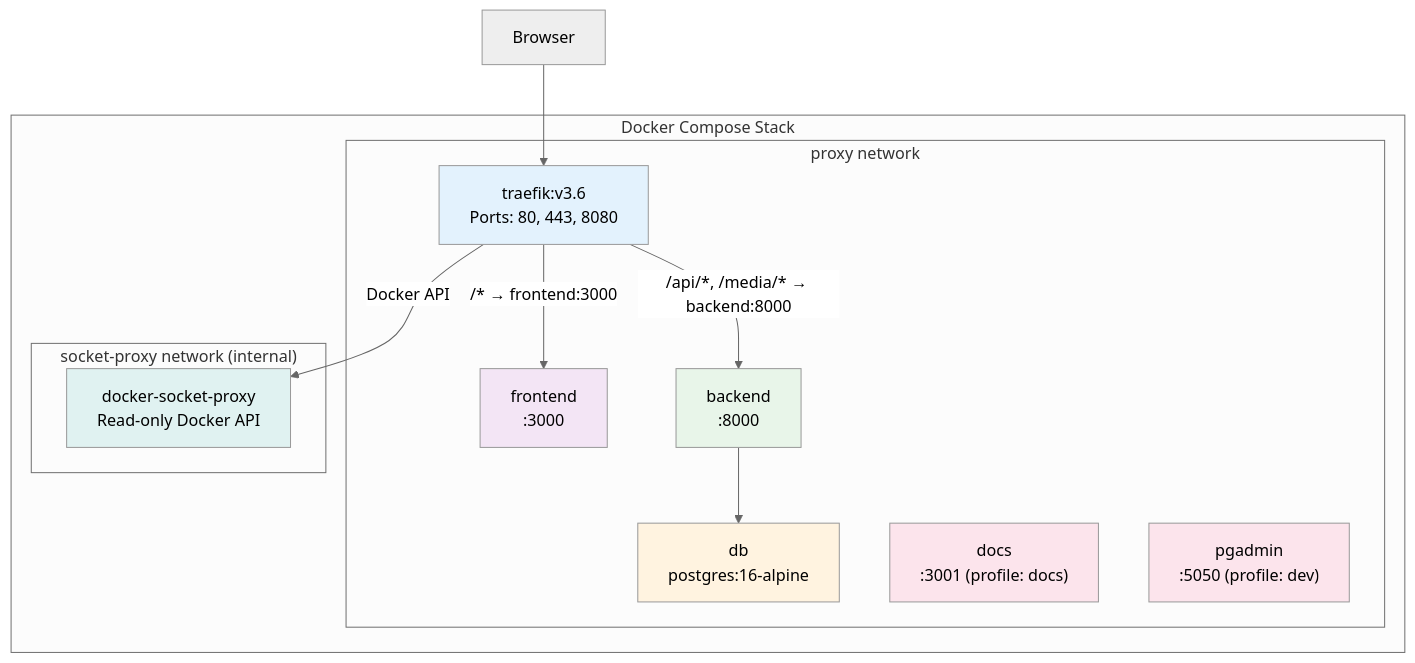
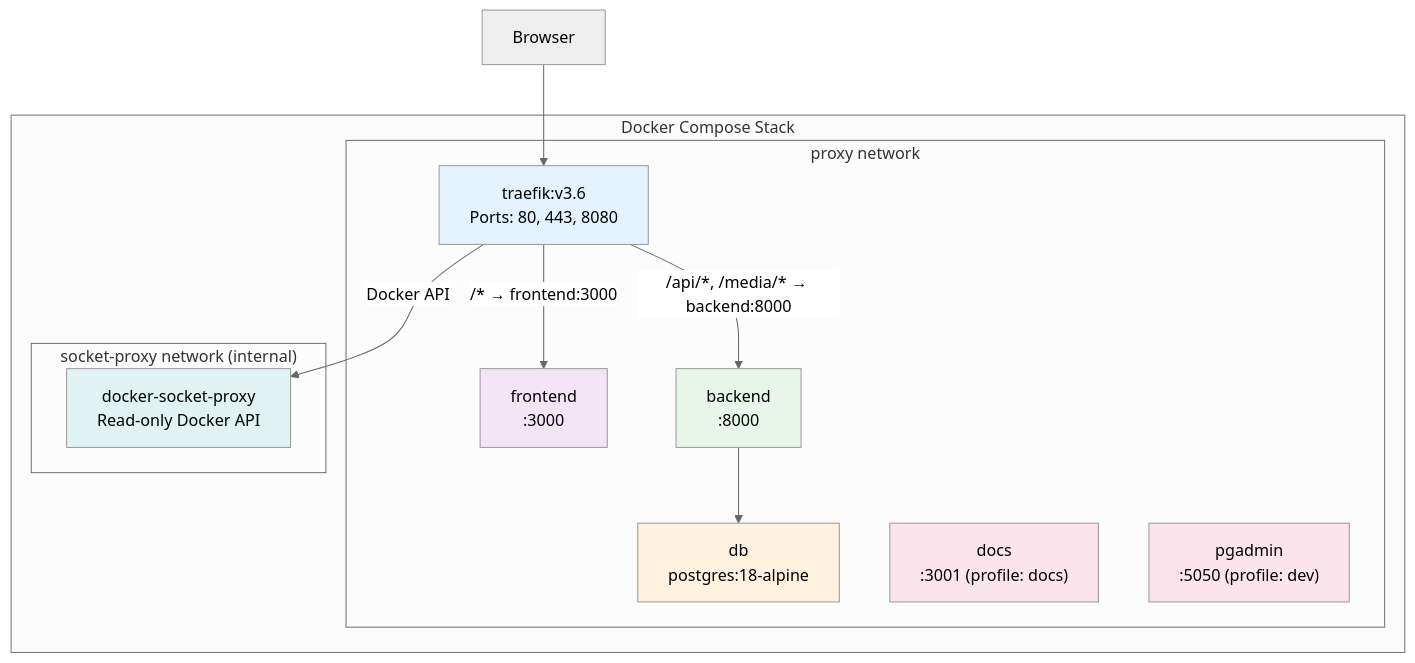
One commit to maxi3390/happydogs-calendar changed the first of 2 diagrams in docs/docs/deployment.md. Above: the diagram before and after it, drawn with Mermaid (neutral theme). The commit also changed other lines of this file and 10 other files, not shown here.

First line of the commit message:
chore: update frontend node to 24-alpine, postgres to 18-alpine

````diff
--- a/docs/docs/deployment.md
+++ b/docs/docs/deployment.md
@@ -44,32 +44,32 @@
 ```mermaid
 graph TB
     User["Browser"] --> Traefik
 
     subgraph "Docker Compose Stack"
         subgraph "proxy network"
             Traefik["traefik:v3.6<br/>Ports: 80, 443, 8080"]
             Frontend["frontend<br/>:3000"]
             Backend["backend<br/>:8000"]
-            DB["db<br/>postgres:16-alpine"]
+            DB["db<br/>postgres:18-alpine"]
             Docs["docs<br/>:3001 (profile: docs)"]
             pgAdmin["pgadmin<br/>:5050 (profile: dev)"]
         end
 
         subgraph "socket-proxy network (internal)"
             SocketProxy["docker-socket-proxy<br/>Read-only Docker API"]
         end
     end
 
     Traefik -- "/* → frontend:3000" --> Frontend
     Traefik -- "/api/*, /media/* → backend:8000" --> Backend
     Backend --> DB
     Traefik -- "Docker API" --> SocketProxy
 
     style Traefik fill:#e3f2fd
     style Frontend fill:#f3e5f5
     style Backend fill:#e8f5e9
     style DB fill:#fff3e0
     style SocketProxy fill:#e0f2f1
     style Docs fill:#fce4ec
     style pgAdmin fill:#fce4ec
 ```
````
